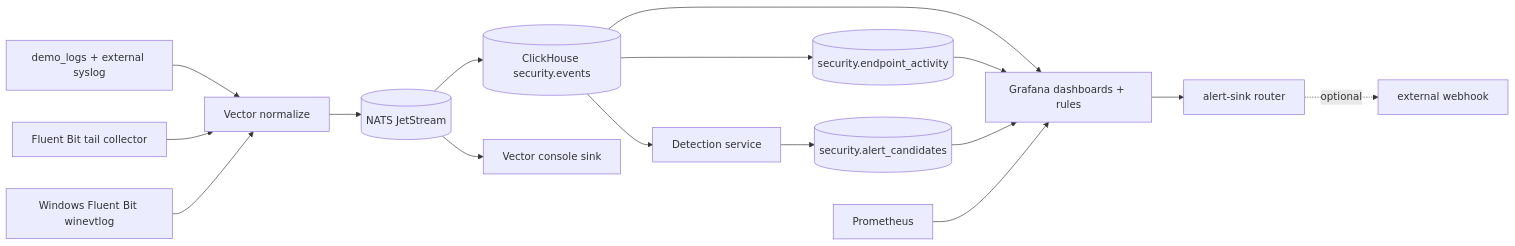
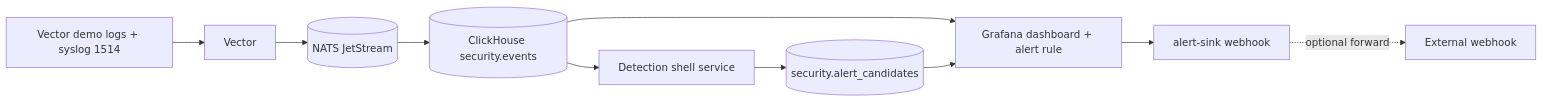
One commit to krazybean/Hayabusa changed the diagram in docs/architecture.md. Above: the diagram before and after it, drawn with Mermaid. The commit also changed other lines of this file and 62 other files, not shown here.

````diff
--- a/docs/architecture.md
+++ b/docs/architecture.md
@@ -11,22 +11,12 @@
 ```mermaid
 flowchart LR
-  Collect[demo_logs + external syslog] --> Normalize[Vector normalize]
-  FluentBit[Fluent Bit tail collector] --> Normalize
-  WinFluentBit[Windows Fluent Bit winevtlog] --> Normalize
-  Normalize --> Buffer[(NATS JetStream)]
-  Buffer --> Store[(ClickHouse security.events)]
-  Store --> EndpointInventory[(security.endpoint_activity)]
-  Buffer --> Debug[Vector console sink]
-
-  Store --> Detect[Detection service]
-  Detect --> Candidates[(security.alert_candidates)]
-
-  Store --> Grafana[Grafana dashboards + rules]
-  EndpointInventory --> Grafana
+  Sources[Vector demo logs + syslog 1514] --> Vector[Vector]
+  Vector --> NATS[(NATS JetStream)]
+  NATS --> ClickHouse[(ClickHouse security.events)]
+  ClickHouse --> Detection[Detection shell service]
+  Detection --> Candidates[(security.alert_candidates)]
+  ClickHouse --> Grafana[Grafana dashboard + alert rule]
   Candidates --> Grafana
-  Prom[Prometheus] --> Grafana
-
-  Grafana --> Router[alert-sink router]
-  Router -. optional .-> External[external webhook]
-
+  Grafana --> Router[alert-sink webhook]
+  Router -. optional forward .-> External[External webhook]
 ```
````
